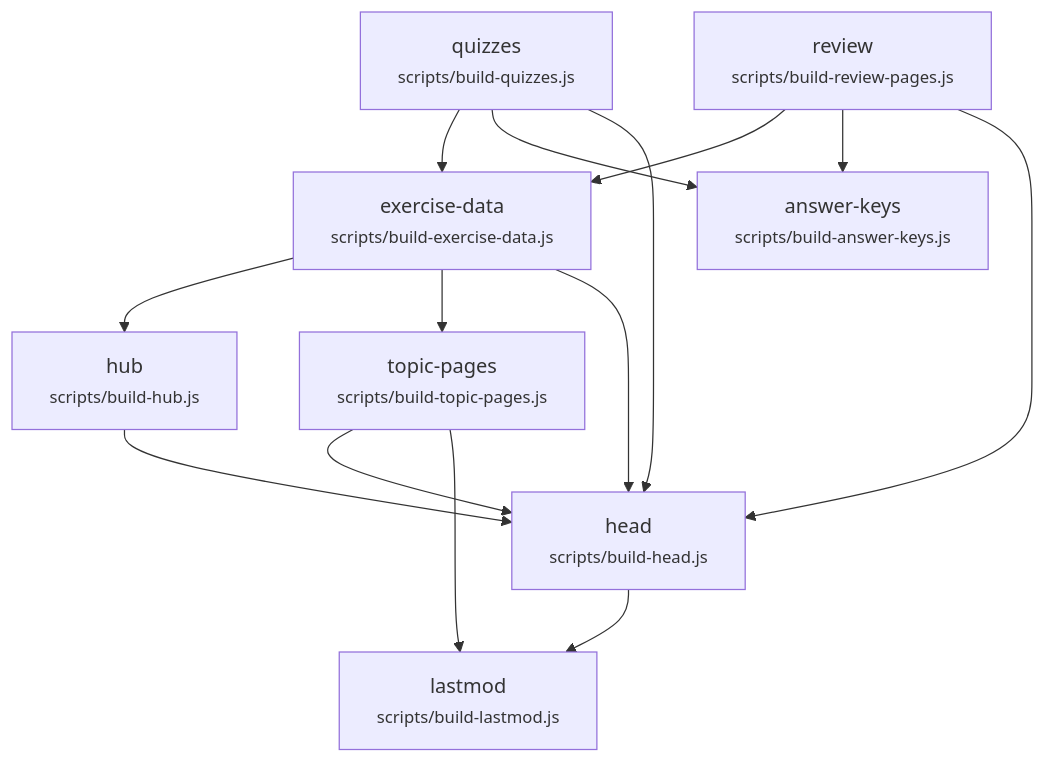
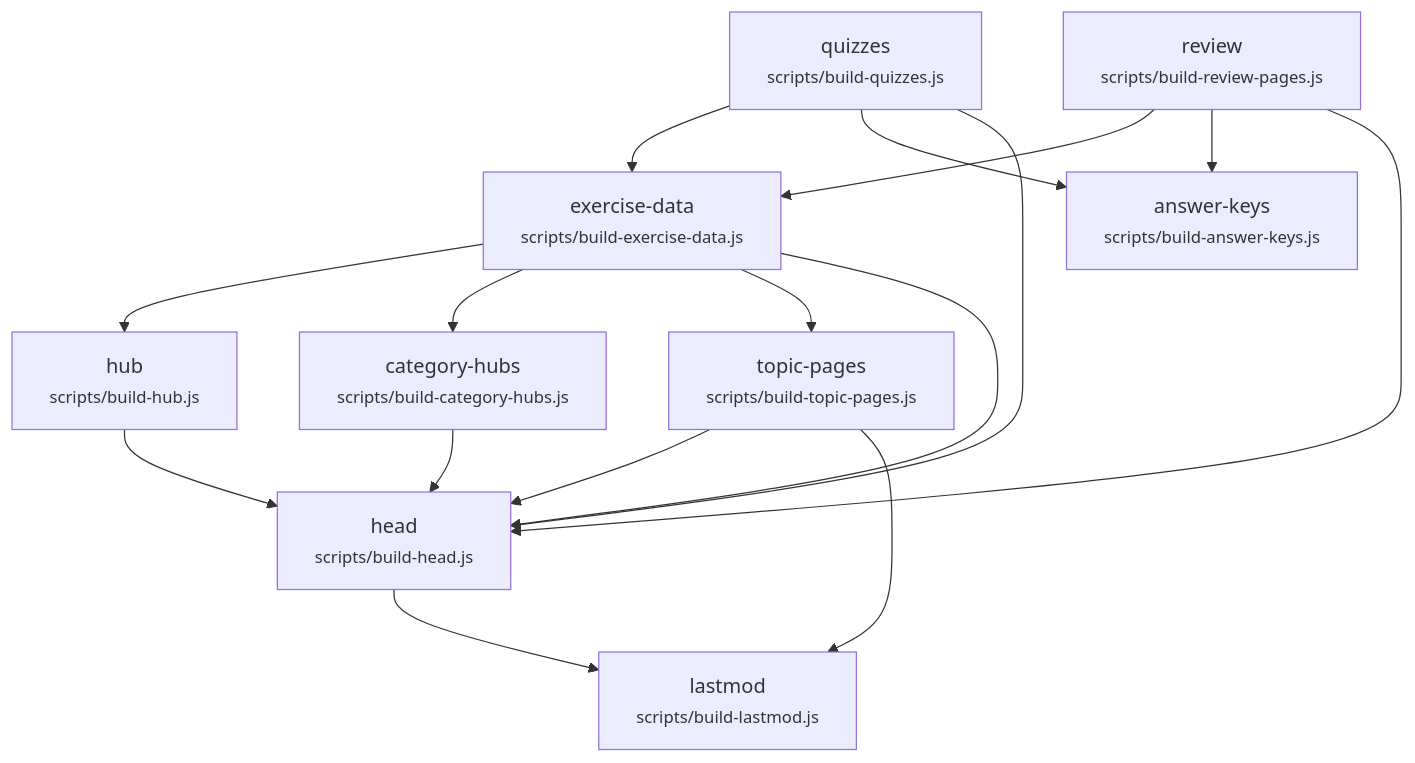
Before and after one commit to EnglishOnlineTraining/vocab-games: the diagram in docs/build-graph.mmd, drawn with Mermaid. The commit also changed 25 other files, not shown here.

```diff
--- a/docs/build-graph.mmd
+++ b/docs/build-graph.mmd
@@ -1,24 +1,27 @@
 %% GENERATED by scripts/build.js --write-graph — do not edit by hand.
 %% Run `node scripts/build.js --write-graph` after changing scripts/pipeline.js.
 graph TD
   quizzes["quizzes<br/><small>scripts/build-quizzes.js</small>"]
   review["review<br/><small>scripts/build-review-pages.js</small>"]
   exercise_data["exercise-data<br/><small>scripts/build-exercise-data.js</small>"]
   answer_keys["answer-keys<br/><small>scripts/build-answer-keys.js</small>"]
   hub["hub<br/><small>scripts/build-hub.js</small>"]
+  category_hubs["category-hubs<br/><small>scripts/build-category-hubs.js</small>"]
   topic_pages["topic-pages<br/><small>scripts/build-topic-pages.js</small>"]
   head["head<br/><small>scripts/build-head.js</small>"]
   lastmod["lastmod<br/><small>scripts/build-lastmod.js</small>"]
   quizzes --> exercise_data
   review --> exercise_data
   quizzes --> answer_keys
   review --> answer_keys
   exercise_data --> hub
+  exercise_data --> category_hubs
   exercise_data --> topic_pages
   hub --> head
+  category_hubs --> head
   topic_pages --> head
   quizzes --> head
   review --> head
   exercise_data --> head
   head --> lastmod
   topic_pages --> lastmod
```
